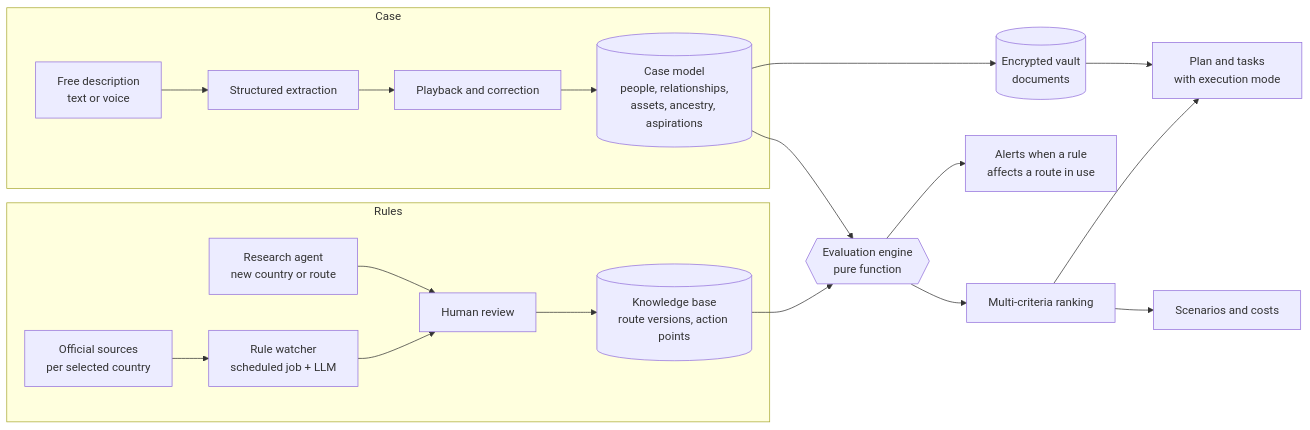
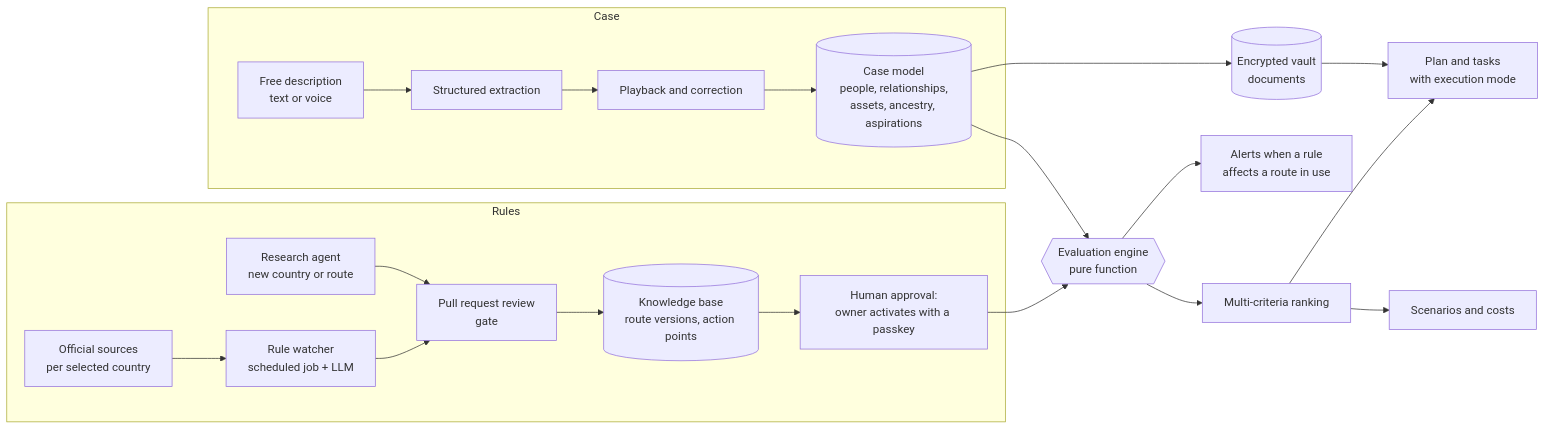
The diagram in docs/ARCHITECTURE.md (fernandolisboa/arca), drawn with Mermaid before and after one commit. The commit also changed other lines of this file and 13 other files, not shown here.

````diff
--- a/docs/ARCHITECTURE.md
+++ b/docs/ARCHITECTURE.md
@@ -9,22 +9,23 @@
 ```mermaid
 flowchart LR
   subgraph Rules
     SRC[Official sources<br/>per selected country] --> WATCH[Rule watcher<br/>scheduled job + LLM]
-    WATCH --> REVIEW[Human review]
+    WATCH --> REVIEW[Pull request review<br/>gate]
     RESEARCH[Research agent<br/>new country or route] --> REVIEW
     REVIEW --> KB[(Knowledge base<br/>route versions, action points)]
+    KB --> ACTIVATE[Human approval:<br/>owner activates with a passkey]
   end
   subgraph Case
     INTAKE[Free description<br/>text or voice] --> EXTRACT[Structured extraction]
     EXTRACT --> CONFIRM[Playback and correction]
     CONFIRM --> CASE[(Case model<br/>people, relationships,<br/>assets, ancestry, aspirations)]
   end
-  KB --> ENGINE{{Evaluation engine<br/>pure function}}
+  ACTIVATE --> ENGINE{{Evaluation engine<br/>pure function}}
   CASE --> ENGINE
   ENGINE --> RANK[Multi-criteria ranking]
   RANK --> PLAN[Plan and tasks<br/>with execution mode]
   RANK --> SCEN[Scenarios and costs]
   ENGINE --> ALERTS[Alerts when a rule<br/>affects a route in use]
   CASE --> VAULT[(Encrypted vault<br/>documents)]
   VAULT --> PLAN
 ```
````
